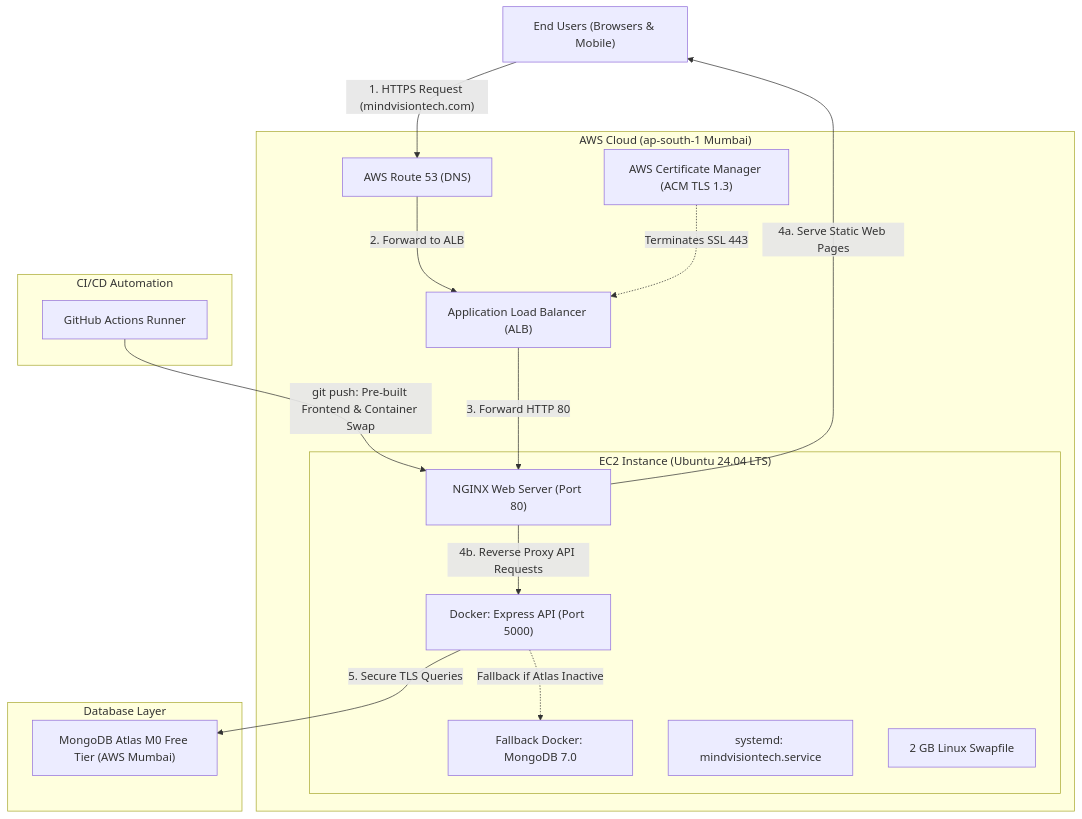
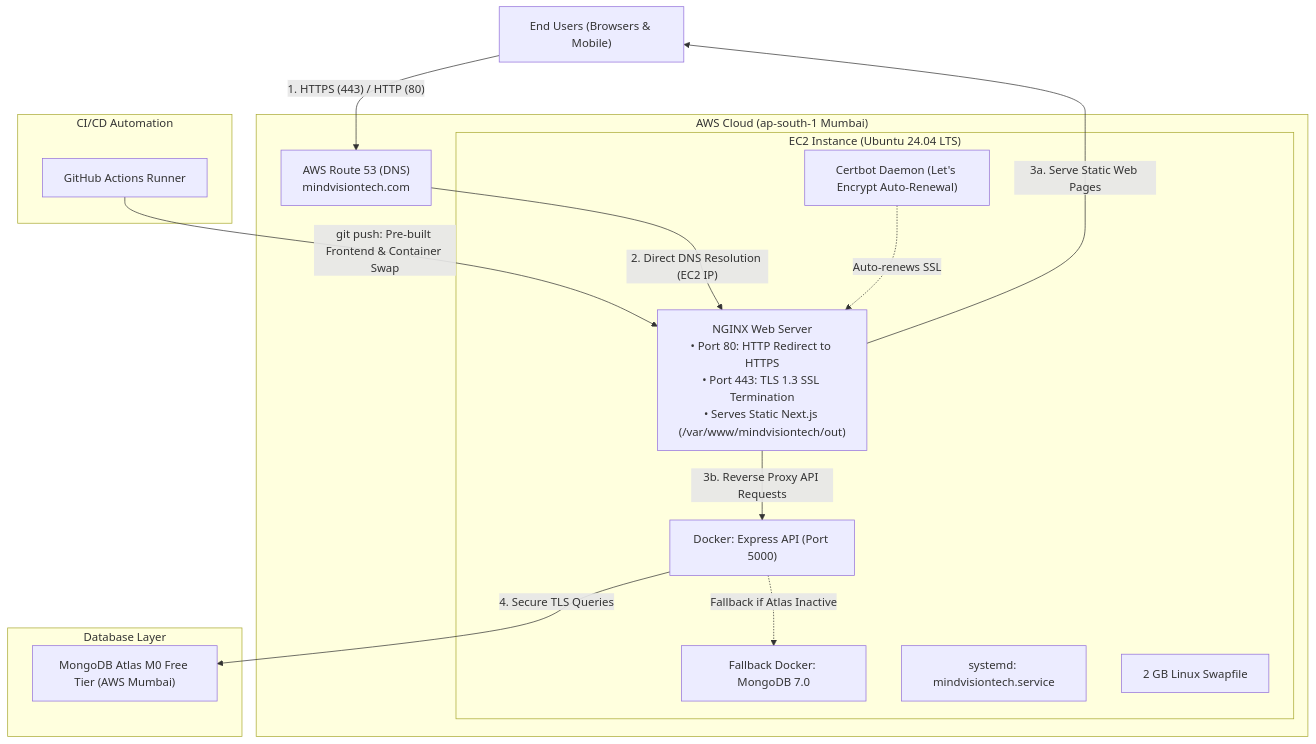
The first of 2 diagrams in README.md (vasanthakumarj2004/mindvisiontech), drawn with Mermaid before and after one commit. The commit also changed other lines of this file and 5 other files, not shown here.

Commit message:
feat(deploy): replace ALB with direct NGINX TLS 1.3 termination and Certbot Let's Encrypt SSL

````diff
--- a/README.md
+++ b/README.md
@@ -22,37 +22,35 @@
 ```mermaid
 flowchart TD
     Users["End Users (Browsers & Mobile)"]
 
     subgraph AWS["AWS Cloud (ap-south-1 Mumbai)"]
-        R53["AWS Route 53 (DNS)"]
-        ACM["AWS Certificate Manager (ACM TLS 1.3)"]
-        ALB["Application Load Balancer (ALB)"]
+        R53["AWS Route 53 (DNS)<br/>mindvisiontech.com"]
         
         subgraph EC2["EC2 Instance (Ubuntu 24.04 LTS)"]
-            NGINX["NGINX Web Server (Port 80)"]
+            NGINX["NGINX Web Server<br/>• Port 80: HTTP Redirect to HTTPS<br/>• Port 443: TLS 1.3 SSL Termination<br/>• Serves Static Next.js (/var/www/mindvisiontech/out)"]
+            Certbot["Certbot Daemon (Let's Encrypt Auto-Renewal)"]
             API["Docker: Express API (Port 5000)"]
             LocalMongo["Fallback Docker: MongoDB 7.0"]
             Systemd["systemd: mindvisiontech.service"]
             Swap["2 GB Linux Swapfile"]
         end
     end
 
     subgraph DB["Database Layer"]
         Atlas["MongoDB Atlas M0 Free Tier (AWS Mumbai)"]
     end
 
     subgraph CI["CI/CD Automation"]
         GHA["GitHub Actions Runner"]
     end
 
-    Users -->|"1. HTTPS Request (mindvisiontech.com)"| R53
-    R53 -->|"2. Forward to ALB"| ALB
-    ACM -.->|"Terminates SSL 443"| ALB
-    ALB -->|"3. Forward HTTP 80"| NGINX
-    NGINX -->|"4a. Serve Static Web Pages"| Users
-    NGINX -->|"4b. Reverse Proxy API Requests"| API
-    API -->|"5. Secure TLS Queries"| Atlas
+    Users -->|"1. HTTPS (443) / HTTP (80)"| R53
+    R53 -->|"2. Direct DNS Resolution (EC2 IP)"| NGINX
+    Certbot -.->|"Auto-renews SSL"| NGINX
+    NGINX -->|"3a. Serve Static Web Pages"| Users
+    NGINX -->|"3b. Reverse Proxy API Requests"| API
+    API -->|"4. Secure TLS Queries"| Atlas
     API -.->|"Fallback if Atlas Inactive"| LocalMongo
 
     GHA -->|"git push: Pre-built Frontend & Container Swap"| NGINX
 ```
````
